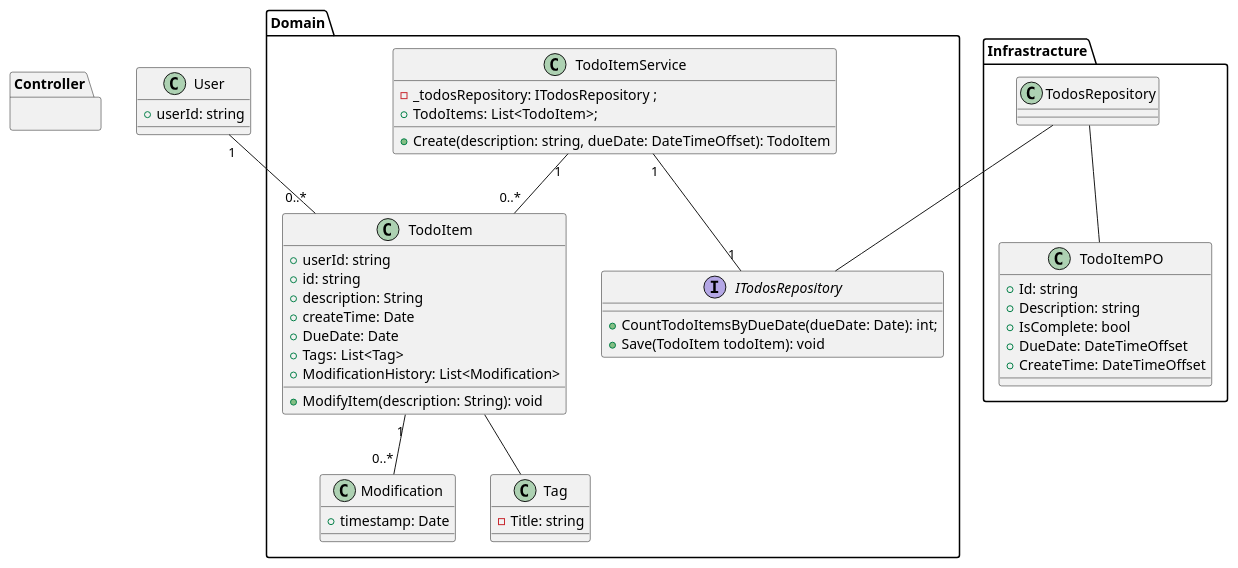
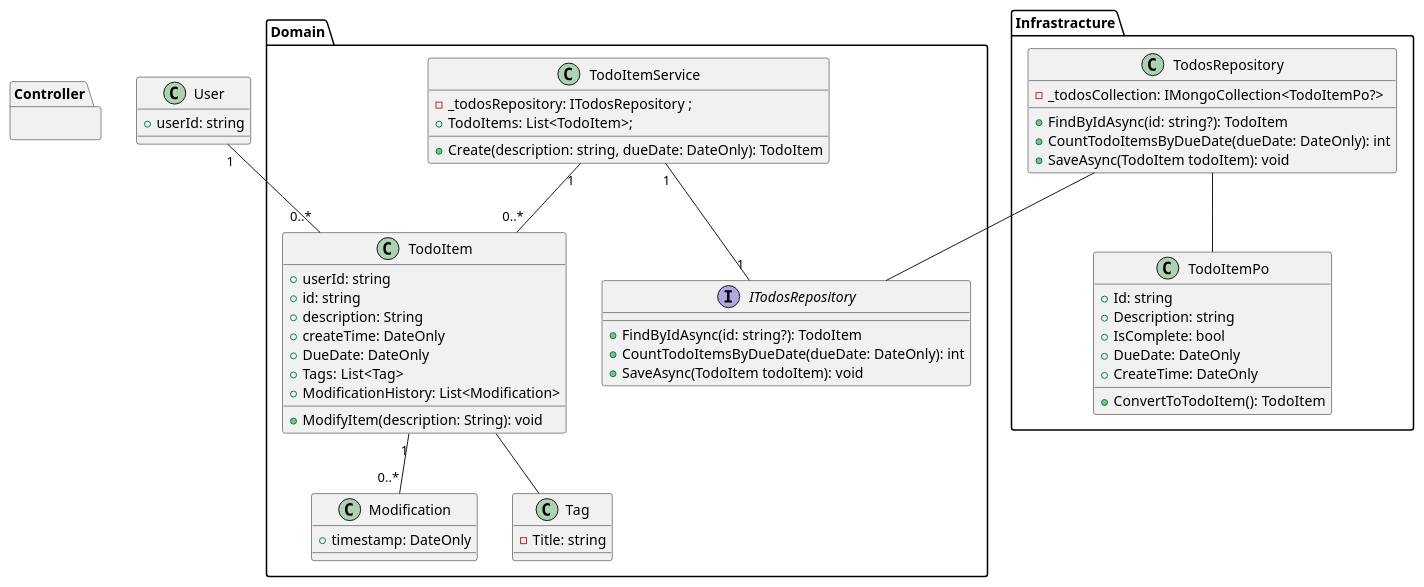
The diagram in design/core.puml (BGC-BootCamp-Team1/TodoItems), drawn with PlantUML before and after one commit. The commit also changed 1 other file, not shown here.

Commit message:
Docs: update UML

```diff
--- a/design/core.puml
+++ b/design/core.puml
@@ -1,64 +1,69 @@
 @startuml
 class User
 {
     + userId: string
 }
 
 package Domain{
 
     class TodoItemService{
         - _todosRepository: ITodosRepository ;
         + TodoItems: List<TodoItem>;
-        + Create(description: string, dueDate: DateTimeOffset): TodoItem
+        + Create(description: string, dueDate: DateOnly): TodoItem
     }
 
     class TodoItem {
         + userId: string
         + id: string
         + description: String
-        + createTime: Date
-        + DueDate: Date
+        + createTime: DateOnly
+        + DueDate: DateOnly
         + Tags: List<Tag>
         + ModificationHistory: List<Modification>
         + ModifyItem(description: String): void
     }
 
     class Modification{
-        + timestamp: Date
+        + timestamp: DateOnly
     }
     interface ITodosRepository{
-        + CountTodoItemsByDueDate(dueDate: Date): int;
-        + Save(TodoItem todoItem): void
+        + FindByIdAsync(id: string?): TodoItem
+        + CountTodoItemsByDueDate(dueDate: DateOnly): int
+        + SaveAsync(TodoItem todoItem): void
     }
     class Tag{
         - Title: string
 
     }
 }
 
 package Controller{
 
 }
 
 
 
 package Infrastracture{
-    class TodoItemPO{
+    class TodoItemPo{
         + Id: string
         + Description: string
         + IsComplete: bool
-        + DueDate: DateTimeOffset
-        + CreateTime: DateTimeOffset
+        + DueDate: DateOnly
+        + CreateTime: DateOnly
+        + ConvertToTodoItem(): TodoItem
     }
     class TodosRepository{
-
+        - _todosCollection: IMongoCollection<TodoItemPo?>
+        + FindByIdAsync(id: string?): TodoItem
+        + CountTodoItemsByDueDate(dueDate: DateOnly): int
+        + SaveAsync(TodoItem todoItem): void
     }
 }
 TodoItem "1" -- "0..*" Modification
 TodoItemService "1" -- "0..*" TodoItem
 TodoItemService "1" -- "1" ITodosRepository
 User "1" -- "0..*" TodoItem
 TodosRepository -- ITodosRepository
-TodosRepository -- TodoItemPO
+TodosRepository -- TodoItemPo
 TodoItem -- Tag
 @enduml
```
